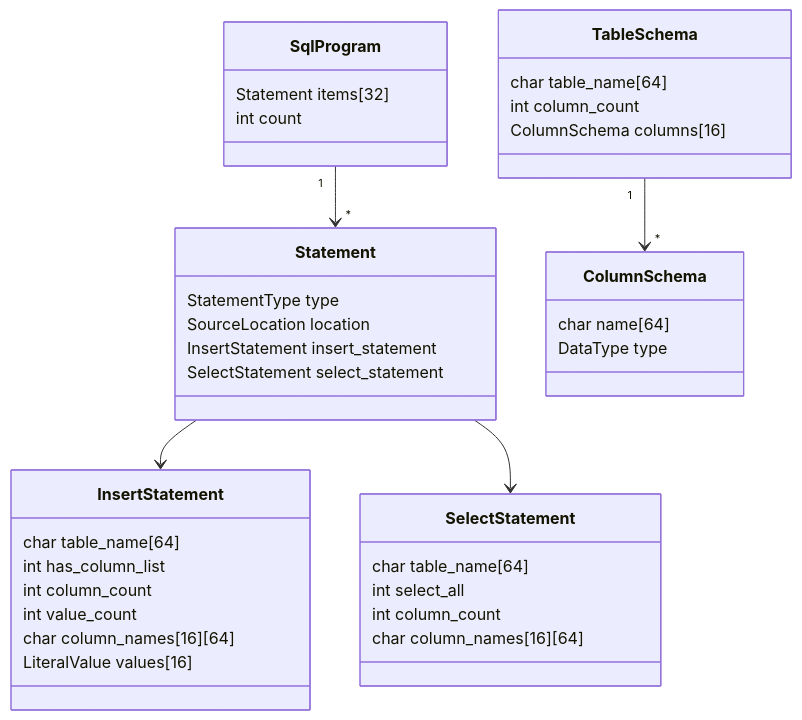
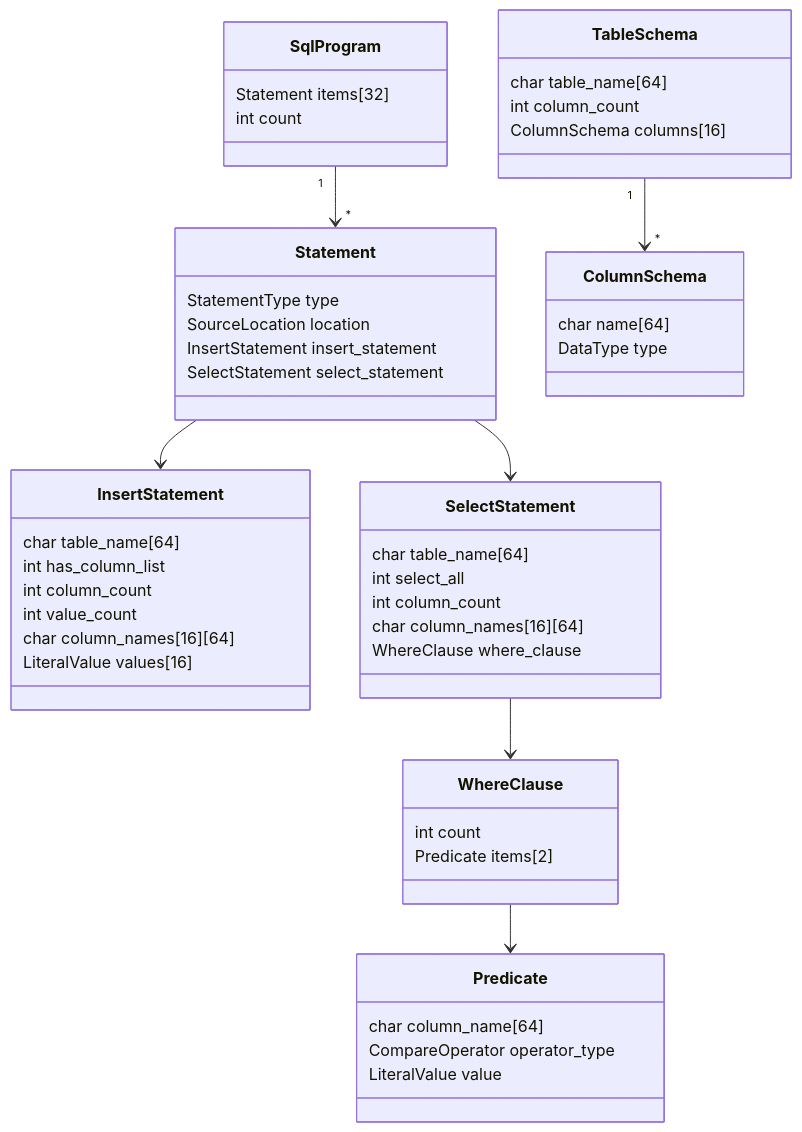
Before and after one commit to Jungle-12-303/week6-team5-sql: the third of 11 diagrams in GUIDE.md, drawn with Mermaid. The commit also changed other lines of this file and 4 other files, not shown here.

````diff
--- a/GUIDE.md
+++ b/GUIDE.md
@@ -220,41 +247,53 @@
 ```mermaid
 classDiagram
     class SqlProgram {
         Statement items[32]
         int count
     }
     class Statement {
         StatementType type
         SourceLocation location
         InsertStatement insert_statement
         SelectStatement select_statement
     }
     class InsertStatement {
         char table_name[64]
         int has_column_list
         int column_count
         int value_count
         char column_names[16][64]
         LiteralValue values[16]
     }
     class SelectStatement {
         char table_name[64]
         int select_all
         int column_count
         char column_names[16][64]
+        WhereClause where_clause
+    }
+    class WhereClause {
+        int count
+        Predicate items[2]
+    }
+    class Predicate {
+        char column_name[64]
+        CompareOperator operator_type
+        LiteralValue value
     }
     class TableSchema {
         char table_name[64]
         int column_count
         ColumnSchema columns[16]
     }
     class ColumnSchema {
         char name[64]
         DataType type
     }
 
     SqlProgram "1" --> "*" Statement
     Statement --> InsertStatement
     Statement --> SelectStatement
+    SelectStatement --> WhereClause
+    WhereClause --> Predicate
     TableSchema "1" --> "*" ColumnSchema
 ```
````
